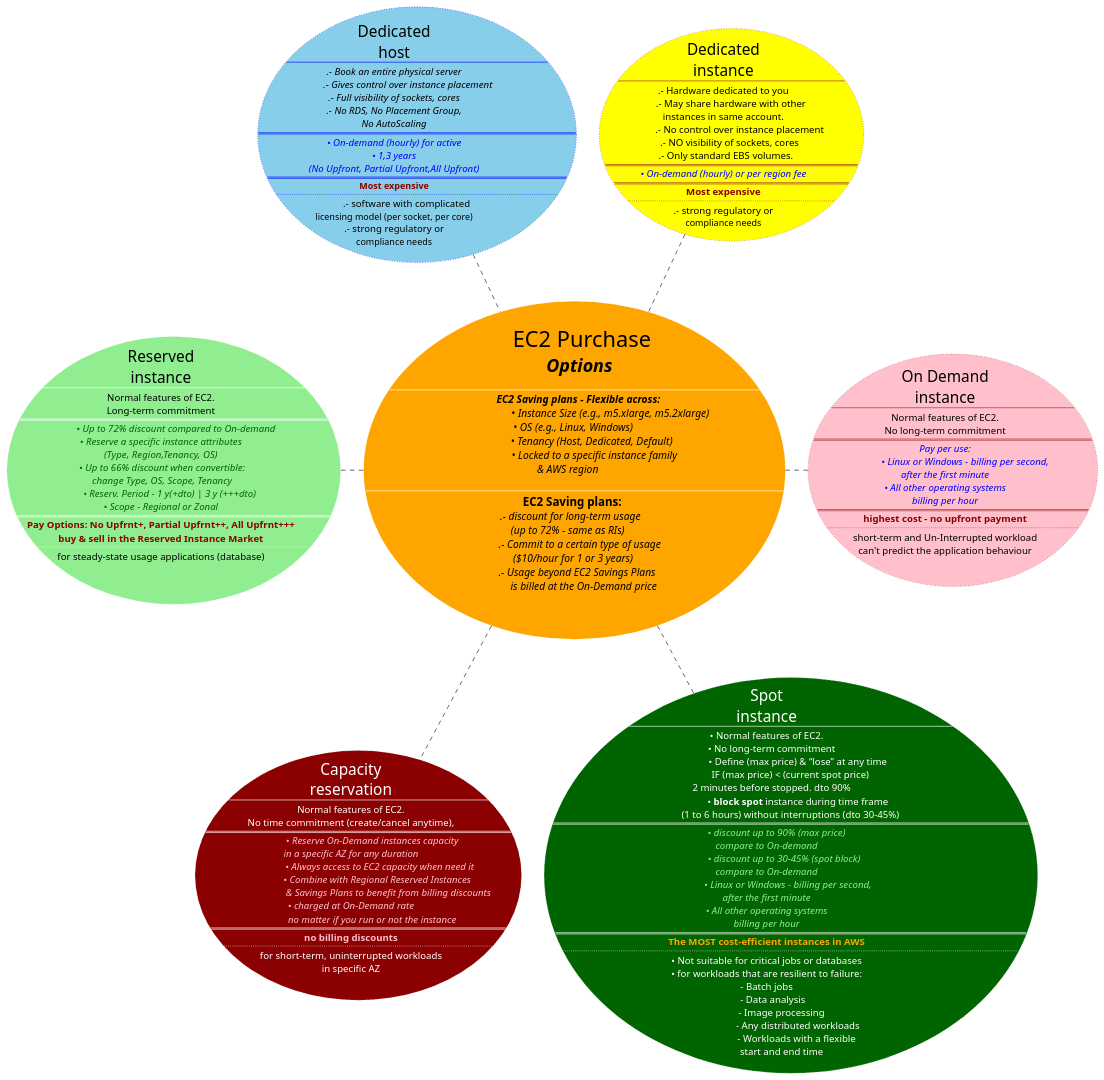
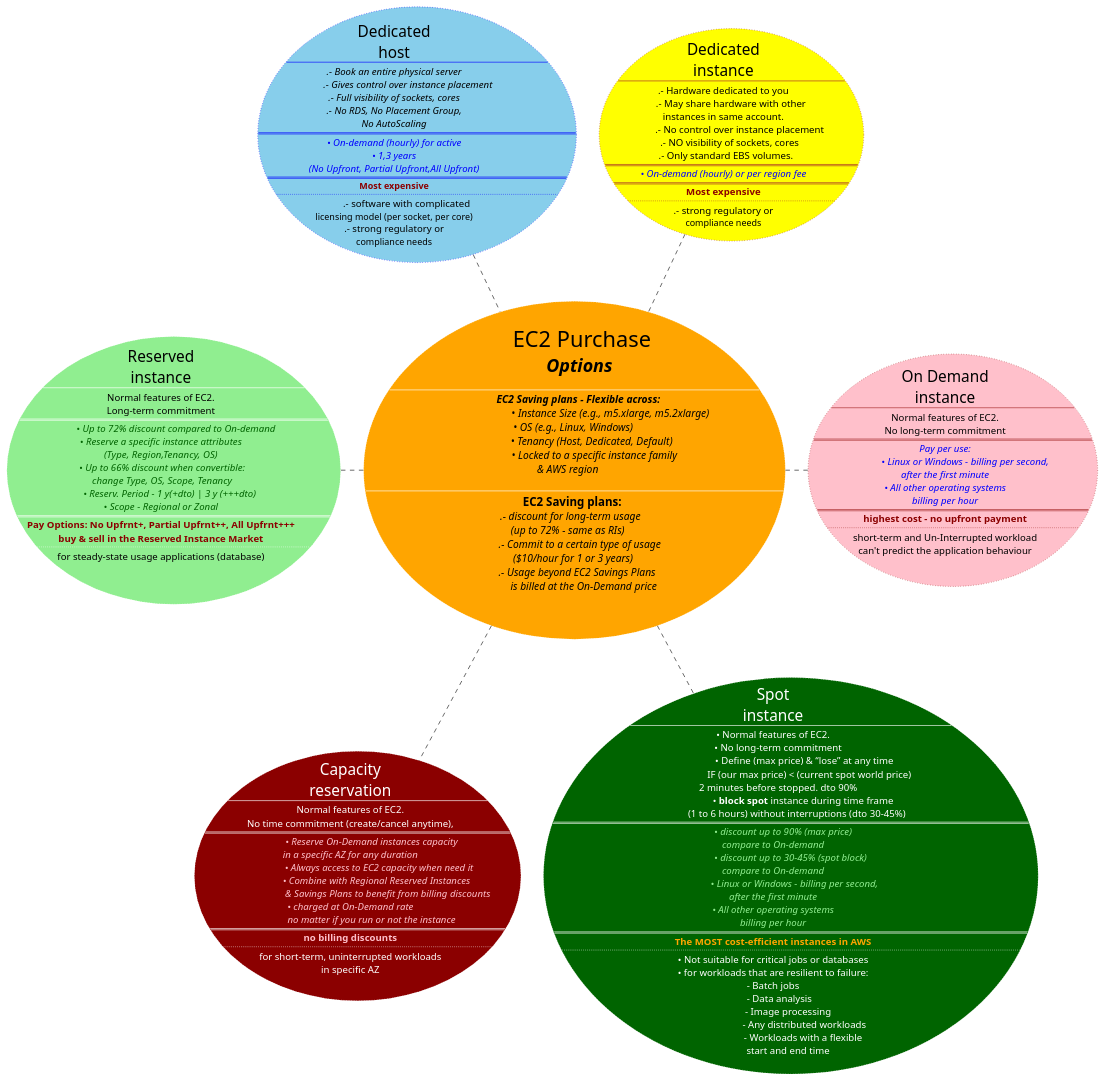
The diagram in assets/uml/003-ec2/ec2-purchase-options.puml (avall/AWS-SAA-C03), drawn with PlantUML before and after one commit. The commit also changed 2 other files, not shown here.

Commit message:
- EC2 spot fleets

```diff
--- a/assets/uml/003-ec2/ec2-purchase-options.puml
+++ b/assets/uml/003-ec2/ec2-purchase-options.puml
@@ -1,177 +1,177 @@
 @startuml
 
 usecase purchase_options #orange;line:white;line.dotted;text:black [
   <font:impact><size:34>     EC2 Purchase</size></font>
   <i><size:28><b>     Options</b></size></i>
 
   ----
 <b><i><size:16>        EC2 Saving plans - Flexible across:
 <i><size:16>                                • Instance Size (e.g., m5.xlarge, m5.2xlarge)
 <i><size:16>    • OS (e.g., Linux, Windows)
 <i><size:16>                  • Tenancy (Host, Dedicated, Default)
 <i><size:16>                    • Locked to a specific instance family
 <i><size:16>& AWS region
 
   ----
 <b><size:18>   EC2 Saving plans:
 <i><size:16>  .- discount for long-term usage
 <i><size:16>(up to 72% - same as RIs)
 <i><size:16>         .- Commit to a certain type of usage
 <i><size:16>    ($10/hour for 1 or 3 years)
 <i><size:16>       .- Usage beyond EC2 Savings Plans
 <i><size:16>            is billed at the On-Demand price
 \n
 ]
 
 usecase dedicated_host #skyblue;line:blue;line.dotted;text:black [
  <font:impact><size:24>Dedicated</size></font>
  <font:impact><size:24>host</size></font>
 ----
 <i><size:15>.- Book an entire physical server
 <i><size:15>           .- Gives control over instance placement
 <i><size:15>.- Full visibility of sockets, cores
 <i><size:15>.- No RDS, No Placement Group,
 <i><size:15>No AutoScaling
 ====
 <i><size:15><color:blue>• On-demand (hourly) for active</color></i>
 <i><size:15><color:blue>• 1,3 years</color></i>
 <i><size:15><color:blue>(No Upfront, Partial Upfront,All Upfront)</color></i>
 ====
 <b><color:darkred>Most expensive</color></b>
 ....
 <size:15>          .- software with complicated
 licensing model (per socket, per core)
 <size:15>.- strong regulatory or
 compliance needs
 ]
 
 usecase dedicated_instance #yellow;line:brown;line.dotted;text:black [
  <font:impact><size:24>Dedicated</size></font>
  <font:impact><size:24>instance</size></font>
 ----
 <size:15>.- Hardware dedicated to you
 <size:15>      .- May share hardware with other
 <size:15>instances in same account.
 <size:15>             .- No control over instance placement
 <size:15>     .- NO visibility of sockets, cores
 <size:15>  .- Only standard EBS volumes.
 ====
 <i><size:15><color:blue>• On-demand (hourly) or per region fee</color></i>
 ====
 <b><size:15><color:darkred>Most expensive</color></b>
 ....
 <size:15>.- strong regulatory or
 compliance needs
 ]
 
 usecase ec2_ondemand #pink;line:brown;line.dotted;text:black [
  <font:impact><size:24>On Demand</size></font>
  <font:impact><size:24>instance</size></font>
 ----
 <size:15>Normal features of EC2.
 <size:15>No long-term commitment
 ====
 <i><size:15><color:blue>Pay per use:
 <i><size:15><color:blue>                • Linux or Windows - billing per second,
 <i><size:15><color:blue>after the first minute
 <i><size:15><color:blue>• All other operating systems
 <i><size:15><color:blue>billing per hour
 ====
 <b><size:15><color:darkred>highest cost - no upfront payment
 ....
 <size:15>short-term and Un-Interrupted workload
 <size:15>can't predict the application behaviour
 ]
 
 
 usecase ec2_capacity_reservation #darkred;line:white;line.dotted;text:white [
  <font:impact><size:24>Capacity</size></font>
  <font:impact><size:24>reservation</size></font>
 ----
 <size:15>Normal features of EC2.
 <size:15>No time commitment (create/cancel anytime),
 ====
 <i><size:15><color:pink>                 • Reserve On-Demand instances capacity
 <i><size:15><color:pink>in a specific AZ for any duration
 <i><size:15><color:pink>                       • Always access to EC2 capacity when need it
 <i><size:15><color:pink>                     • Combine with Regional Reserved Instances
 <i><size:15><color:pink>                              & Savings Plans to benefit from billing discounts
 <i><size:15><color:pink>• charged at On-Demand rate
 <i><size:15><color:pink>                 no matter if you run or not the instance
 ====
 <b><size:15><color:pink>no billing discounts
 ....
 <size:15>for short-term, uninterrupted workloads
 <size:15>in specific AZ
 ]
 
 
 
 usecase ec2_spot_instance #darkgreen;line:white;line.dotted;text:white [
  <font:impact><size:24>Spot</size></font>
  <font:impact><size:24>instance</size></font>
 ----
 <size:15>• Normal features of EC2.
 <size:15>    • No long-term commitment
 <size:15>                         • Define (max price) & “lose” at any time
-<size:15>                   IF (max price) < (current spot price)
+<size:15>                             IF (our max price) < (current spot world price)
 <size:15>    2 minutes before stopped. dto 90%
-<size:15>                         • <b>block spot</b> instance during time frame
+<size:15>                        • <b>block spot</b> instance during time frame
 <size:15>                   (1 to 6 hours) without interruptions (dto 30-45%)
 ====
 <i><size:15><color:lightgreen>        • discount up to 90% (max price)
 <i><size:15><color:lightgreen>compare to On-demand
 <i><size:15><color:lightgreen>              • discount up to 30-45% (spot block)
 <i><size:15><color:lightgreen>compare to On-demand
 <i><size:15><color:lightgreen>                 • Linux or Windows - billing per second,
 <i><size:15><color:lightgreen>after the first minute
 <i><size:15><color:lightgreen>• All other operating systems
 <i><size:15><color:lightgreen>billing per hour
 ====
 <b><size:15><color:orange>The MOST cost-efficient instances in AWS
 ....
 <size:15>• Not suitable for critical jobs or databases
 <size:15>• for workloads that are resilient to failure:
 <size:15>- Batch jobs
 <size:15>     - Data analysis
 <size:15>            - Image processing
 <size:15>                         - Any distributed workloads
 <size:15>                        - Workloads with a flexible
 <size:15>            start and end time
 ]
 
 
 
 
 usecase ec2_reserved_instance #lightgreen;line:white;line.dotted;text:black [
  <font:impact><size:24>Reserved</size></font>
  <font:impact><size:24>instance</size></font>
 ----
 <size:15>Normal features of EC2.
 <size:15>Long-term commitment
 ====
 <i><size:15><color:darkgreen>            • Up to 72% discount compared to On-demand
 <i><size:15><color:darkgreen>• Reserve a specific instance attributes
 <i><size:15><color:darkgreen>(Type, Region,Tenancy, OS)
 <i><size:15><color:darkgreen> • Up to 66% discount when convertible:
 <i><size:15><color:darkgreen> change Type, OS, Scope, Tenancy
 <i><size:15><color:darkgreen>       • Reserv. Period – 1 y(+dto) | 3 y (+++dto)
 <i><size:15><color:darkgreen>• Scope – Regional or Zonal
 ====
 <b><size:15><color:darkred>Pay Options: No Upfrnt+, Partial Upfrnt++, All Upfrnt+++
 <b><size:15><color:darkred>buy & sell in the Reserved Instance Market
 ....
 <size:15>for steady-state usage applications (database)
 
 ]
 
 
 
 
 purchase_options ..r.. ec2_ondemand
 purchase_options .u. dedicated_instance
 purchase_options .u. dedicated_host
 purchase_options .d. ec2_capacity_reservation
 purchase_options .d. ec2_spot_instance
 purchase_options .l. ec2_reserved_instance
 @enduml
```
